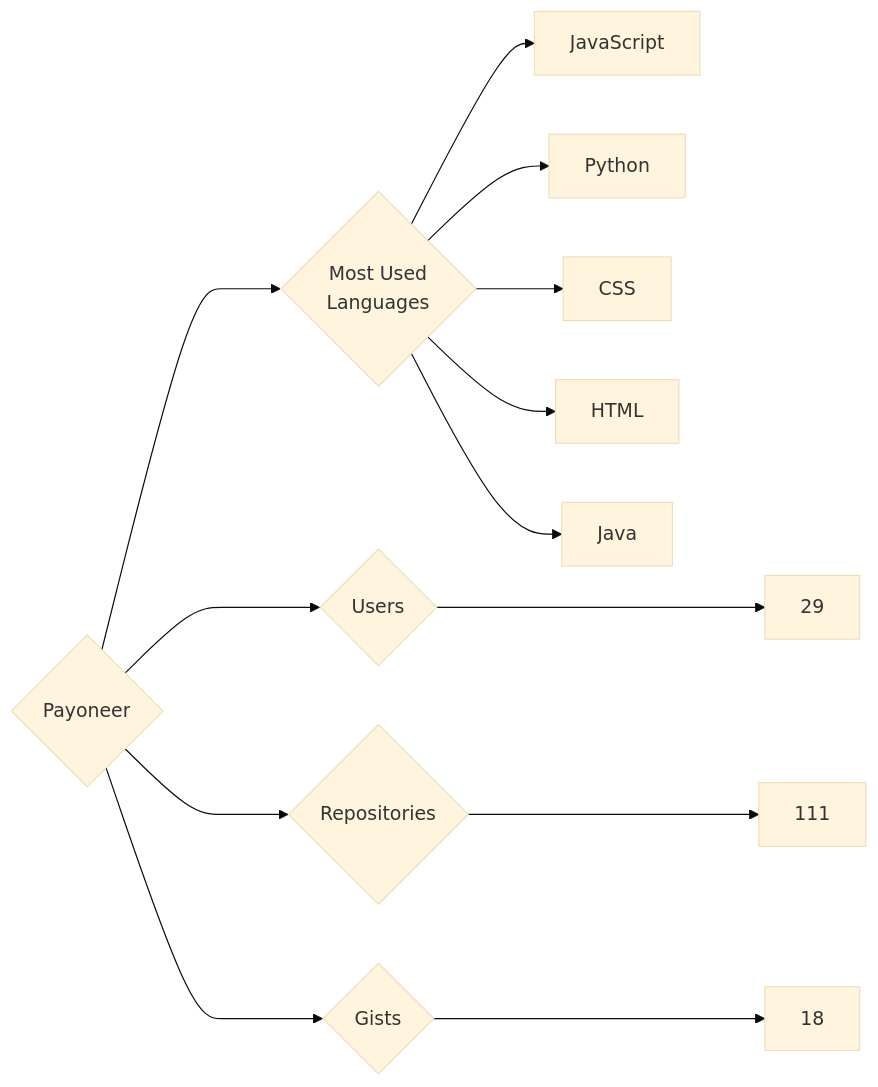
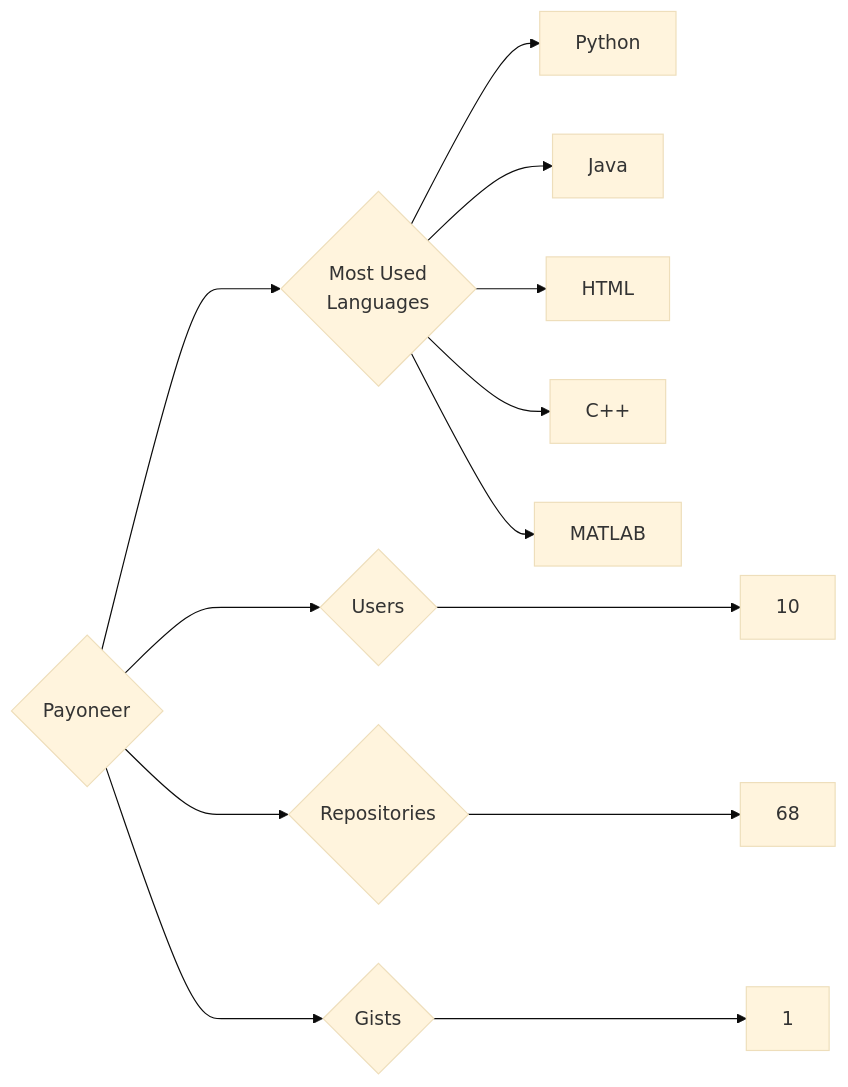
The diagram in targets/Payoneer/README.md (trickest/insiders), drawn with Mermaid (base theme) before and after one commit. The commit also changed 815 other files, not shown here.

````diff
--- a/targets/Payoneer/README.md
+++ b/targets/Payoneer/README.md
@@ -3,13 +3,13 @@
 ```mermaid
 graph LR
 COMPANY_NAME{Payoneer}
-COMPANY_NAME ---> U{Users} ---> UN[29]
-COMPANY_NAME ---> R{Repositories} ---> RN[111]
-COMPANY_NAME ---> G{Gists} ---> GN[18]
+COMPANY_NAME ---> U{Users} ---> UN[10]
+COMPANY_NAME ---> R{Repositories} ---> RN[68]
+COMPANY_NAME ---> G{Gists} ---> GN[1]
 COMPANY_NAME ---> ML{Most Used<br>Languages}
-ML --> JavaScript[JavaScript]
 ML --> Python[Python]
-ML --> CSS[CSS]
+ML --> Java[Java]
 ML --> HTML[HTML]
-ML --> Java[Java]
+ML --> C++[C++]
+ML --> MATLAB[MATLAB]
 ```
````
